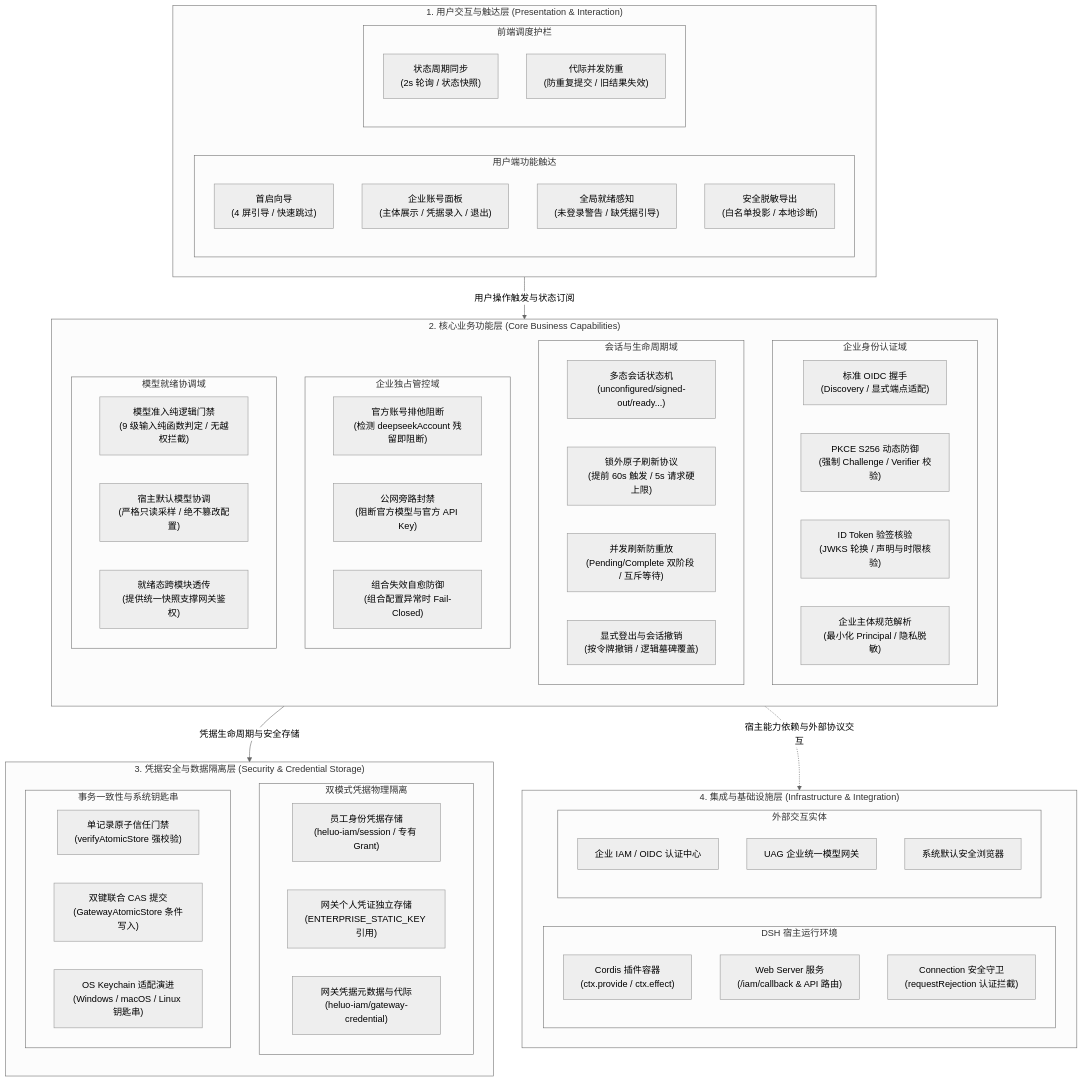
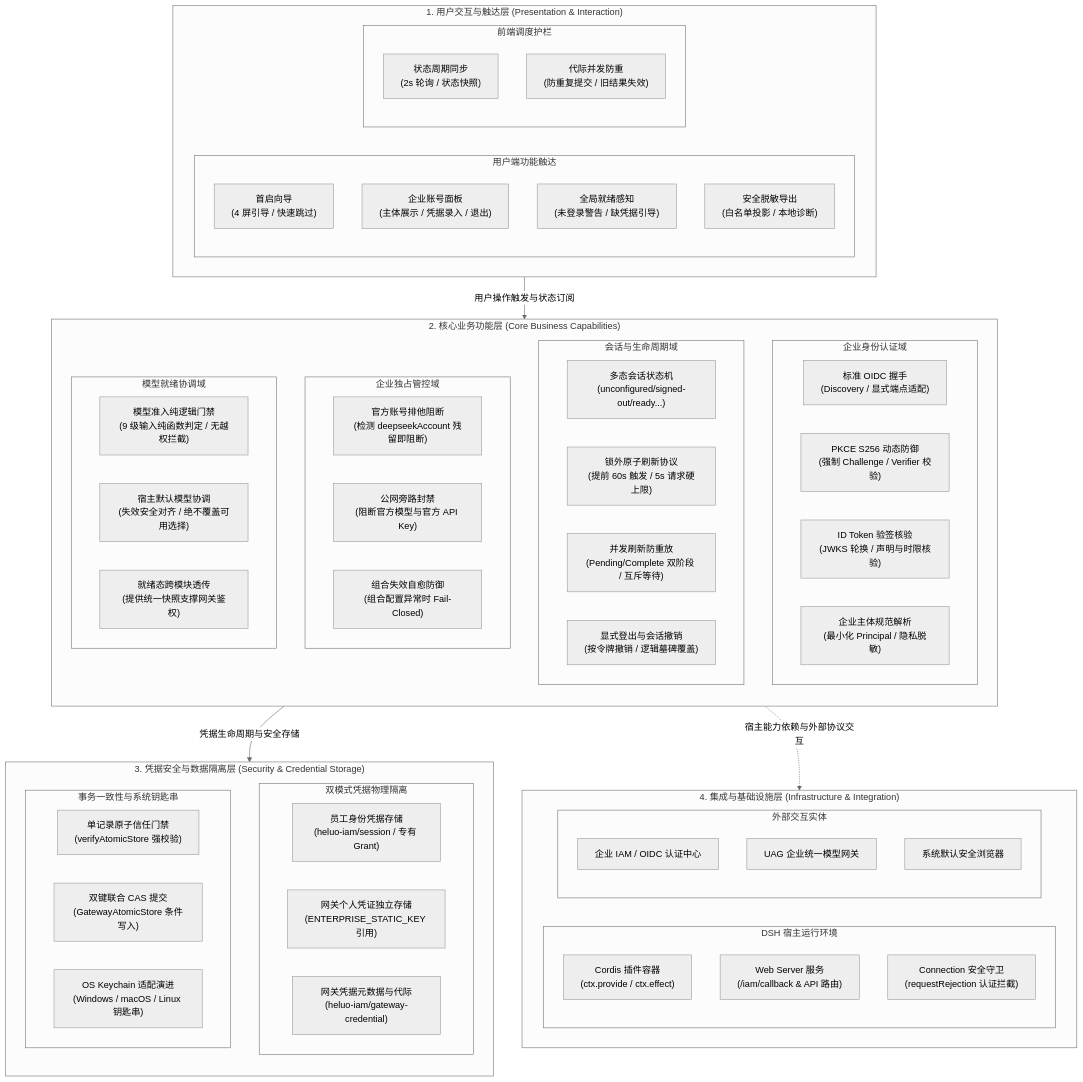
Before and after one commit to hrygo/heluo-forge: the first of 6 diagrams in docs/design/plugins/forge-iam.md, drawn with Mermaid (neutral theme). The commit also changed other lines of this file and 10 other files, not shown here.

```diff
--- a/docs/design/plugins/forge-iam.md
+++ b/docs/design/plugins/forge-iam.md
@@ -158,7 +158,7 @@
     subgraph Domain_Model["模型就绪协调域"]
       direction LR
       F_ModelGate["模型准入纯逻辑门禁<br/>(9 级输入纯函数判定 / 无越权拦截)"]
-      F_ModelObserve["宿主默认模型协调<br/>(严格只读采样 / 绝不篡改配置)"]
+      F_ModelObserve["宿主默认模型协调<br/>(失效安全对齐 / 绝不覆盖可用选择)"]
       F_ReadySync["就绪态跨模块透传<br/>(提供统一快照支撑网关鉴权)"]
     end
   end
```
